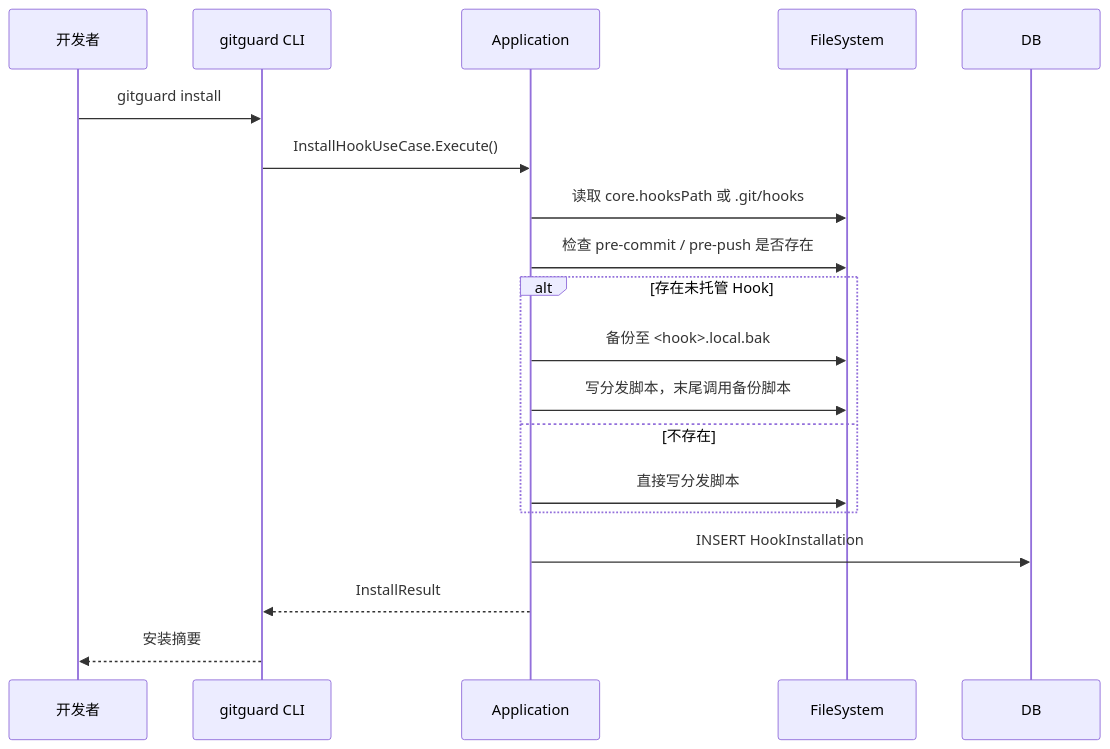
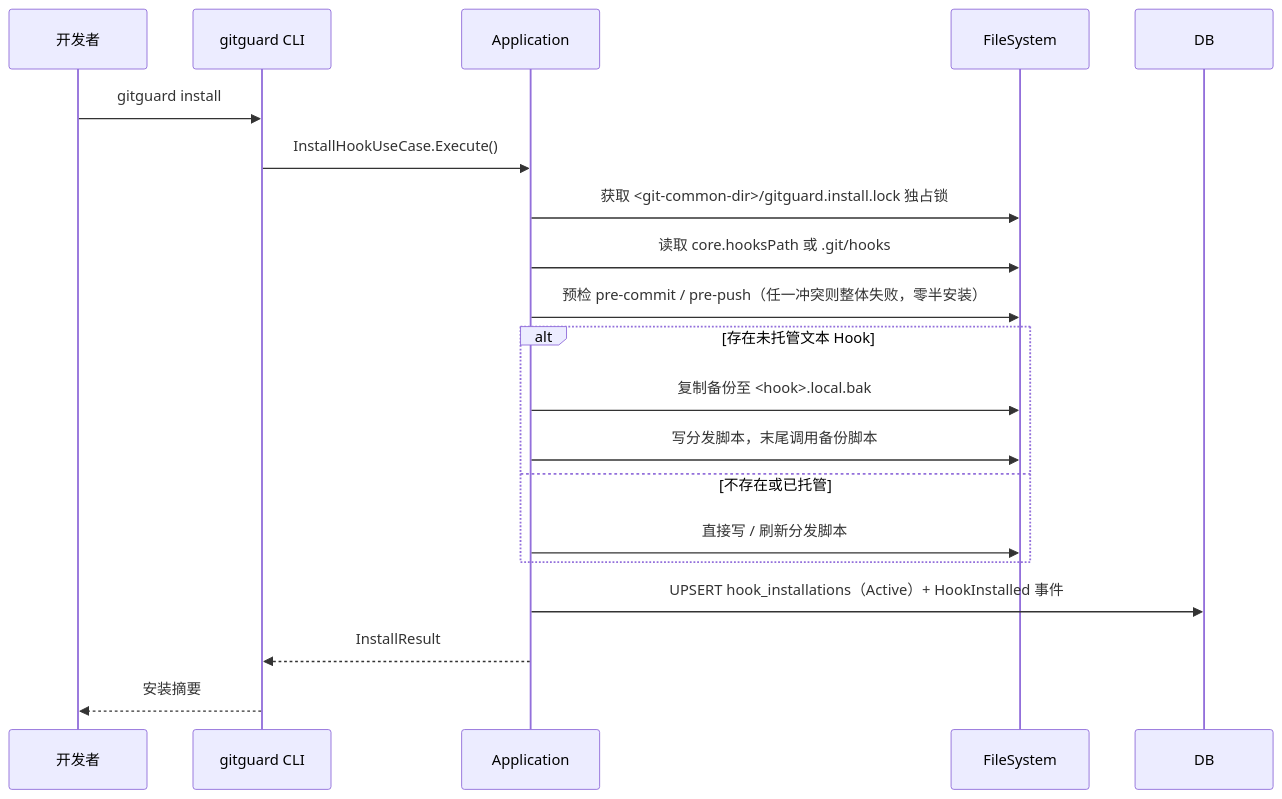
The fifth of 6 diagrams in docs/03-系统架构设计(SAD).md (Camefor/GitGuard), drawn with Mermaid before and after one commit. The commit also changed other lines of this file and 40 other files, not shown here.

````diff
--- a/docs/03-系统架构设计(SAD).md
+++ b/docs/03-系统架构设计(SAD).md
@@ -225,21 +225,22 @@
 ```mermaid
 sequenceDiagram
     participant Dev as 开发者
     participant Cli as gitguard CLI
     participant App as Application
     participant FS as FileSystem
 
     Dev->>Cli: gitguard install
     Cli->>App: InstallHookUseCase.Execute()
+    App->>FS: 获取 <git-common-dir>/gitguard.install.lock 独占锁
     App->>FS: 读取 core.hooksPath 或 .git/hooks
-    App->>FS: 检查 pre-commit / pre-push 是否存在
-    alt 存在未托管 Hook
-        App->>FS: 备份至 <hook>.local.bak
+    App->>FS: 预检 pre-commit / pre-push（任一冲突则整体失败，零半安装）
+    alt 存在未托管文本 Hook
+        App->>FS: 复制备份至 <hook>.local.bak
         App->>FS: 写分发脚本，末尾调用备份脚本
-    else 不存在
-        App->>FS: 直接写分发脚本
+    else 不存在或已托管
+        App->>FS: 直接写 / 刷新分发脚本
     end
-    App->>DB: INSERT HookInstallation
+    App->>DB: UPSERT hook_installations（Active）+ HookInstalled 事件
     App-->>Cli: InstallResult
     Cli-->>Dev: 安装摘要
 ```
````
